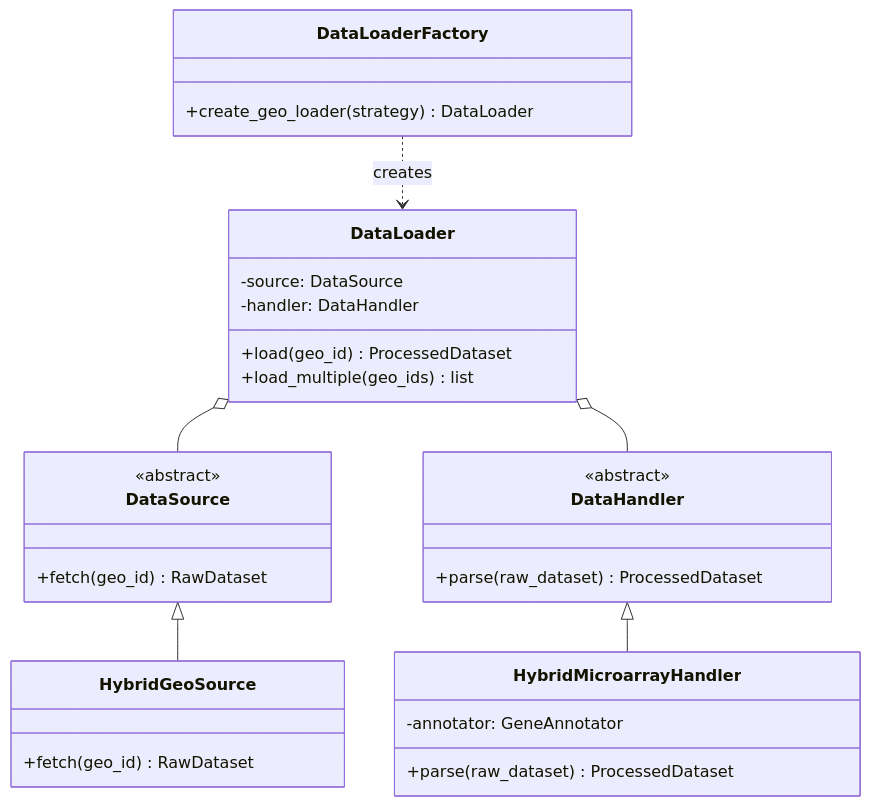
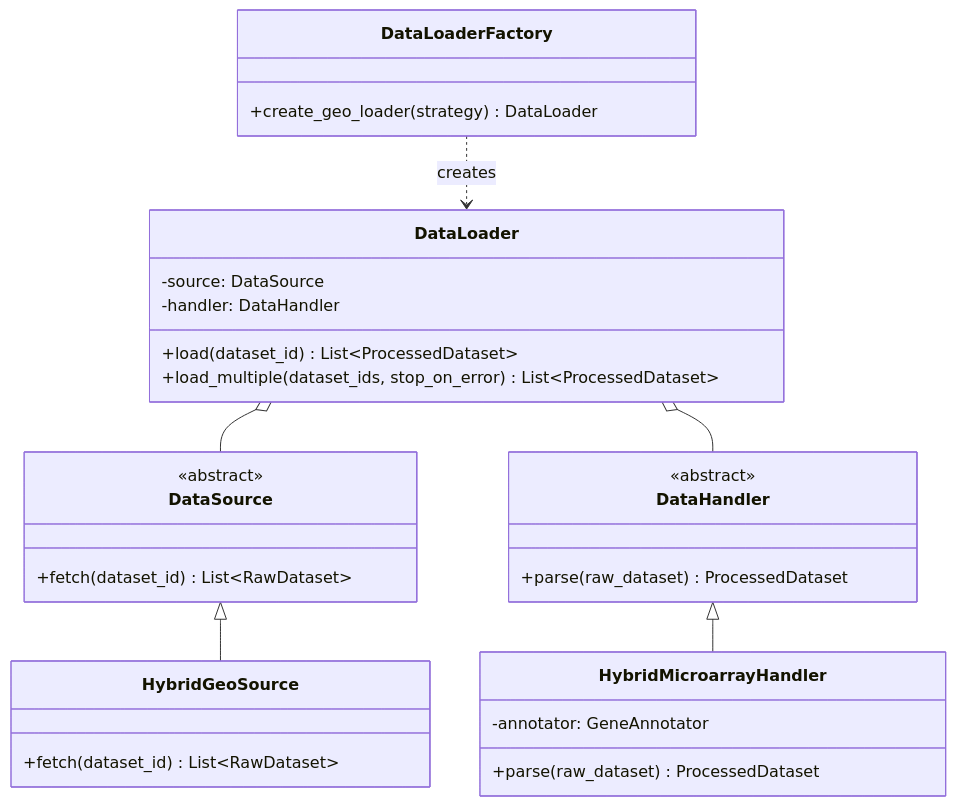
Before and after one commit to Khatri-Lab/metaintegrator_py: the second of 4 diagrams in docs/architecture.md, drawn with Mermaid. The commit also changed other lines of this file and 30 other files, not shown here.

````diff
--- a/docs/architecture.md
+++ b/docs/architecture.md
@@ -99,38 +99,38 @@
 ```mermaid
 classDiagram
     class DataLoaderFactory {
         +create_geo_loader(strategy) DataLoader
     }
 
     class DataSource {
         <<abstract>>
-        +fetch(geo_id) RawDataset
+        +fetch(dataset_id) List~RawDataset~
     }
 
     class DataHandler {
         <<abstract>>
         +parse(raw_dataset) ProcessedDataset
     }
 
     class DataLoader {
         -source: DataSource
         -handler: DataHandler
-        +load(geo_id) ProcessedDataset
-        +load_multiple(geo_ids) list
+        +load(dataset_id) List~ProcessedDataset~
+        +load_multiple(dataset_ids, stop_on_error) List~ProcessedDataset~
     }
 
     class HybridGeoSource {
-        +fetch(geo_id) RawDataset
+        +fetch(dataset_id) List~RawDataset~
     }
 
     class HybridMicroarrayHandler {
         -annotator: GeneAnnotator
         +parse(raw_dataset) ProcessedDataset
     }
 
     DataLoaderFactory ..> DataLoader : creates
     DataLoader o-- DataSource
     DataLoader o-- DataHandler
     DataSource <|-- HybridGeoSource
     DataHandler <|-- HybridMicroarrayHandler
 ```
````
